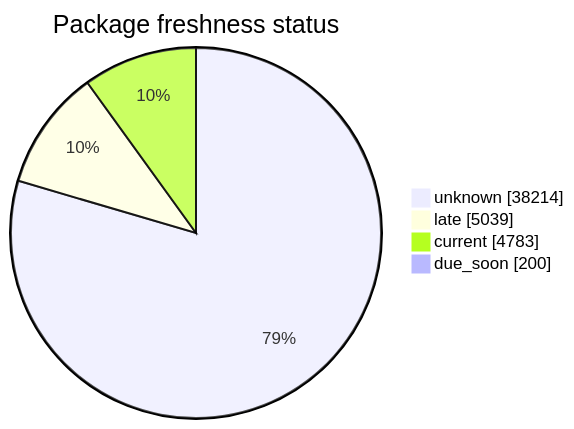
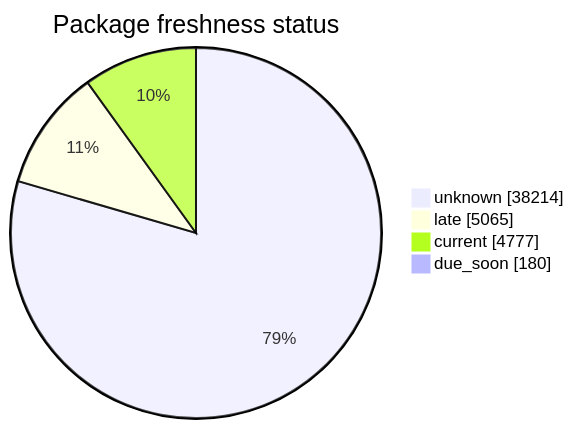
Before and after one commit to open-data/analytics-corporate-reporting: the second of 5 diagrams in FreshCheck/README.md, drawn with Mermaid. The commit also changed other lines of this file and 3 other files, not shown here.

````diff
--- a/FreshCheck/README.md
+++ b/FreshCheck/README.md
@@ -68,7 +68,7 @@
 ```mermaid
 pie showData title Package freshness status
     "unknown": 38214
-    "late": 5039
-    "current": 4783
-    "due_soon": 200
+    "late": 5065
+    "current": 4777
+    "due_soon": 180
 ```
````
